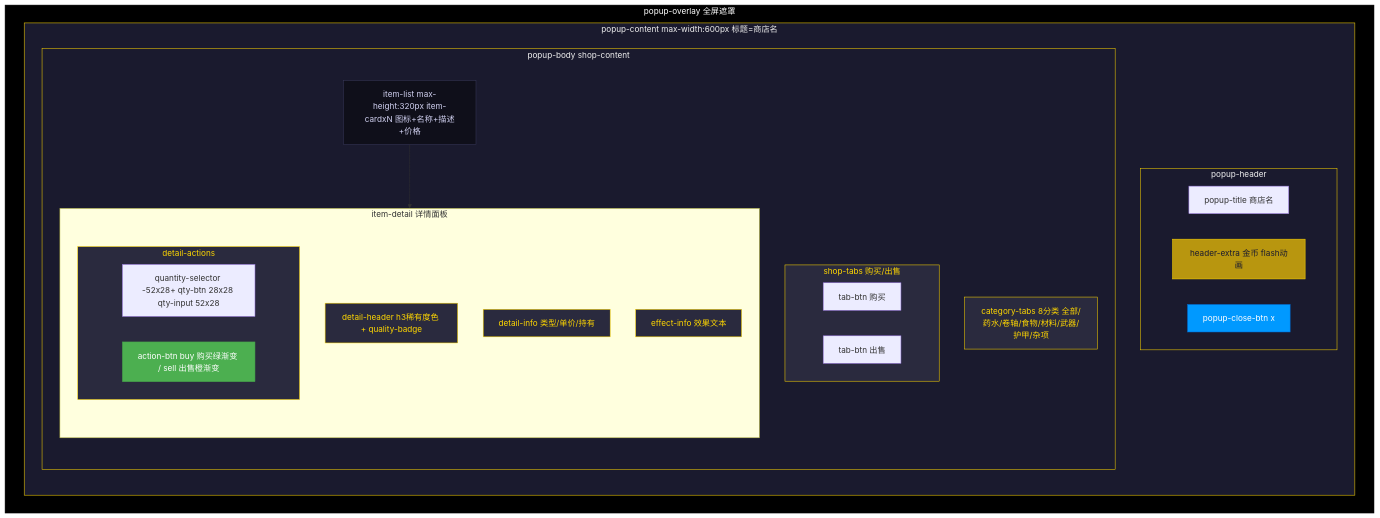
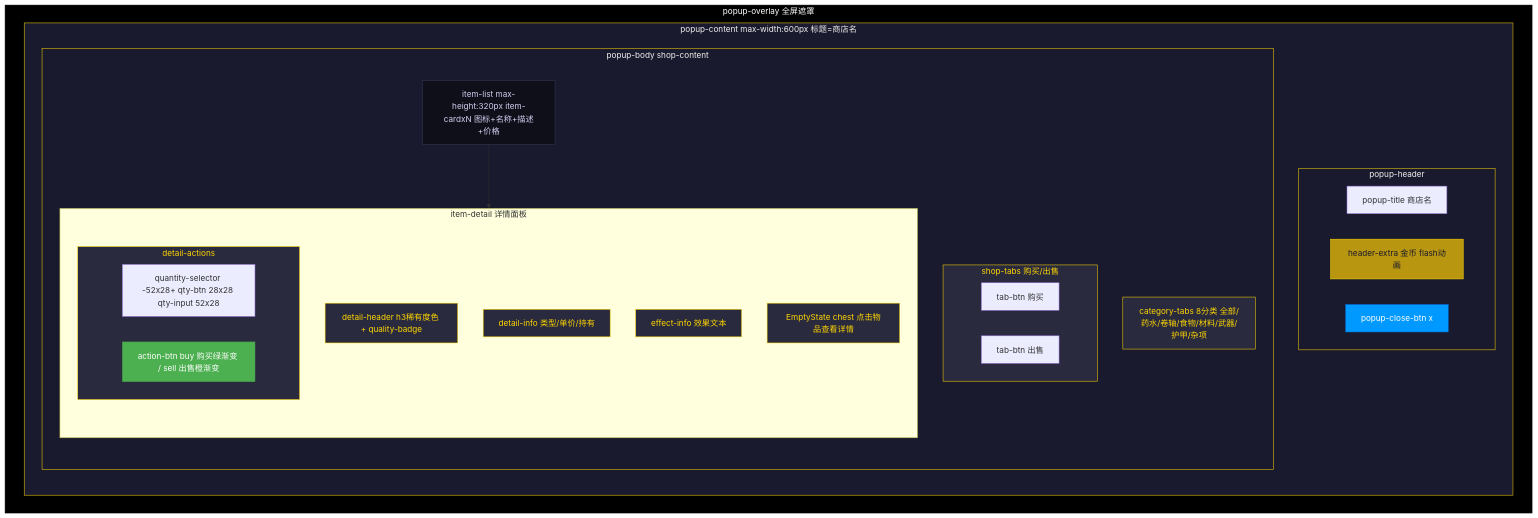
The fourth of 14 diagrams in doc/UI/UI_DESIGN_SPEC_POPUPS.md (SonDemigods/wow_dnd), drawn with Mermaid before and after one commit. The commit also changed other lines of this file and 55 other files, not shown here.

````diff
--- a/doc/UI/UI_DESIGN_SPEC_POPUPS.md
+++ b/doc/UI/UI_DESIGN_SPEC_POPUPS.md
@@ -339,53 +343,54 @@
 ```mermaid
 flowchart TB
     subgraph overlay["popup-overlay 全屏遮罩"]
         subgraph container["popup-content max-width:600px 标题=商店名"]
             direction TB
             subgraph header["popup-header"]
                 direction LR
                 title["popup-title 商店名"]
                 gold["header-extra 金币 flash动画"]
                 close["popup-close-btn x"]
             end
             subgraph body["popup-body shop-content"]
                 direction TB
                 subgraph tabs["shop-tabs 购买/出售"]
                     direction LR
                     buyTab["tab-btn 购买"]
                     sellTab["tab-btn 出售"]
                 end
                 catTabs["category-tabs 8分类 全部/药水/卷轴/食物/材料/武器/护甲/杂项"]
                 itemList["item-list max-height:320px item-cardxN 图标+名称+描述+价格"]
                 subgraph detail["item-detail 详情面板"]
                     direction TB
                     detailHead["detail-header h3稀有度色 + quality-badge"]
                     detailInfo["detail-info 类型/单价/持有"]
                     effectInfo["effect-info 效果文本"]
                     subgraph detailAct["detail-actions"]
                         direction LR
                         qty["quantity-selector -52x28+ qty-btn 28x28 qty-input 52x28"]
                         actionBtn["action-btn buy 购买绿渐变 / sell 出售橙渐变"]
                     end
+                    emptyState["EmptyState chest 点击物品查看详情"]
                 end
             end
         end
     end
 
     itemList --> detail
 
     classDef overlayCls fill:#000000,stroke:#000,color:#fff
     classDef containerCls fill:#1a1a2e,stroke:#ffd700,color:#f0f0f0
     classDef regionCls fill:#2a2a3e,stroke:#ffd700,color:#ffd700
     classDef listCls fill:#0f0f1a,stroke:#3a3a5a,color:#d0d0f0
     classDef goldCls fill:#b8960f,stroke:#ffd700,color:#1a1a2e
     classDef buyCls fill:#4caf50,stroke:#45a049,color:#fff
     classDef tabCls fill:#0099ff,stroke:#0066cc,color:#fff
 
     class overlay overlayCls
     class container,header,body containerCls
-    class tabs,catTabs,detailHead,detailInfo,effectInfo,detailAct regionCls
+    class tabs,catTabs,detailHead,detailInfo,effectInfo,detailAct,emptyState regionCls
     class gold goldCls
     class actionBtn buyCls
     class itemList listCls
     class close tabCls
 ```
````
